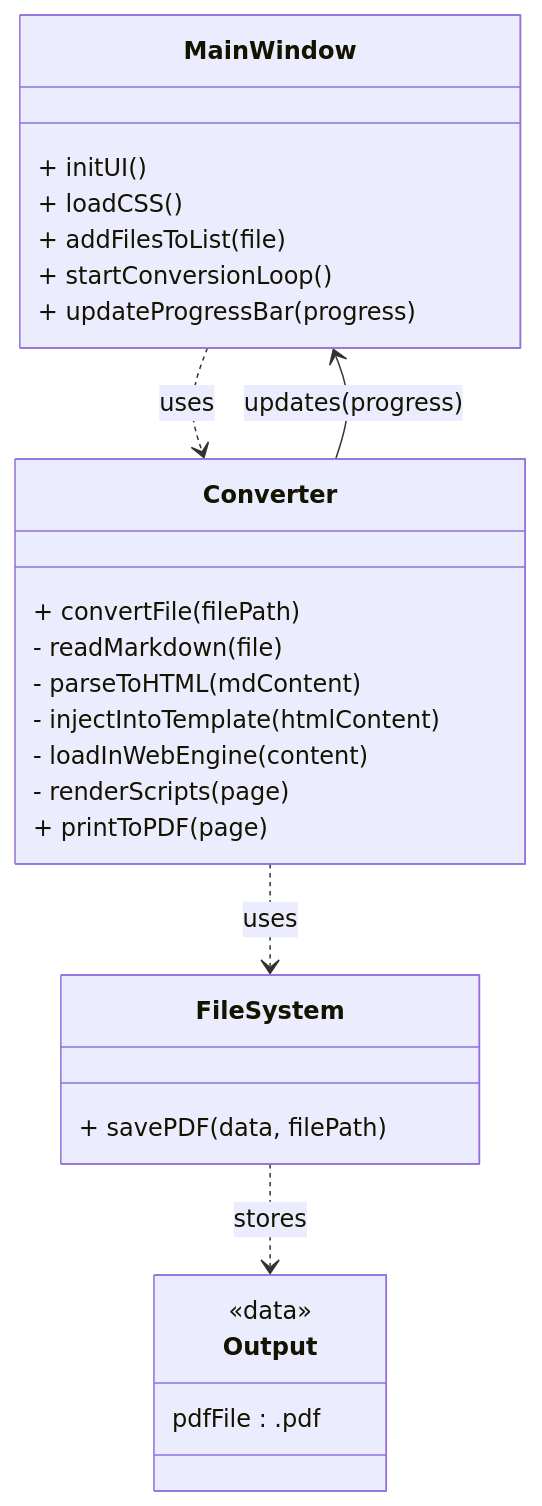
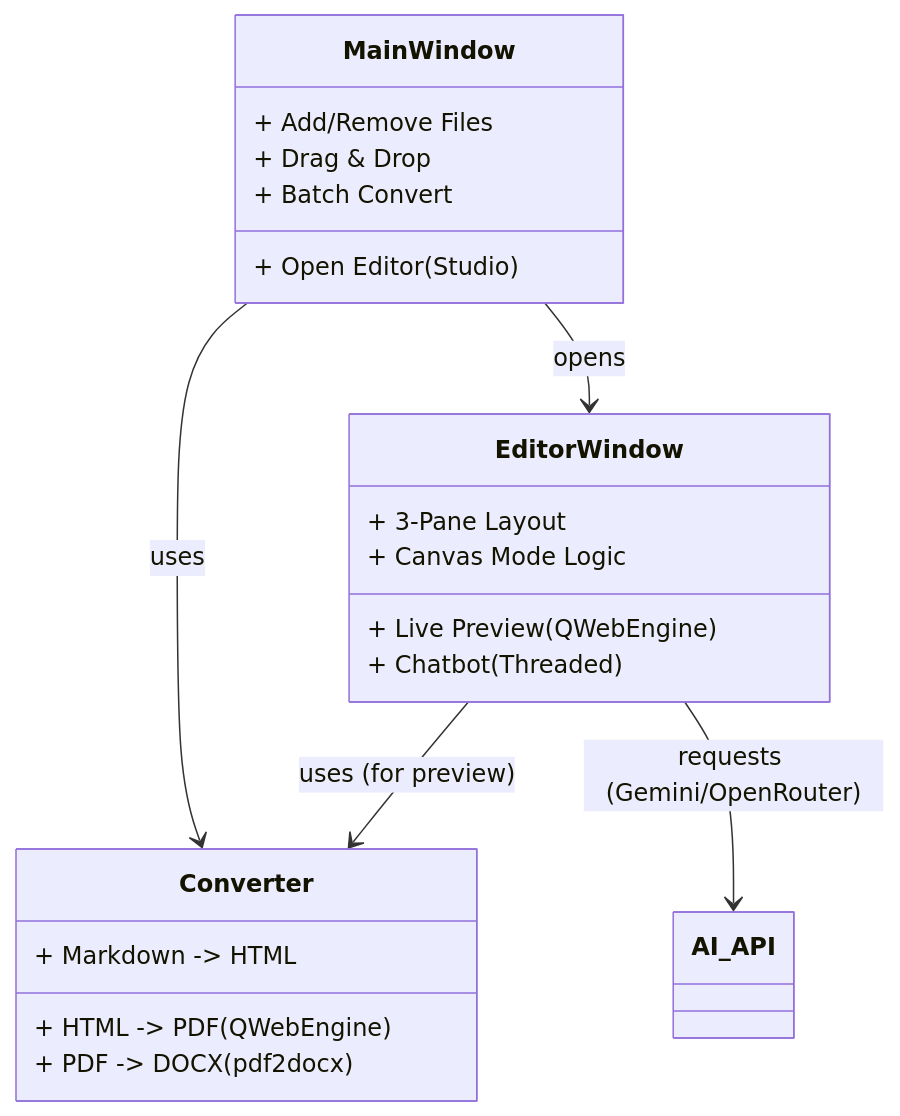
Before and after one commit to arslnakin/Md2Pdf: the diagram in README.md, drawn with Mermaid. The commit also changed other lines of this file and 6 other files, not shown here.

````diff
--- a/README.md
+++ b/README.md
@@ -43,45 +66,29 @@
 ```mermaid
 classDiagram
     direction TB
     
     class MainWindow {
-        + initUI()
-        + loadCSS()
-        + addFilesToList(file)
-        + startConversionLoop()
-        + updateProgressBar(progress)
+        + Add/Remove Files
+        + Drag & Drop
+        + Batch Convert
+        + Open Editor (Studio)
+    }
+
+    class EditorWindow {
+        + 3-Pane Layout
+        + Live Preview (QWebEngine)
+        + Chatbot (Threaded)
+        + Canvas Mode Logic
     }
 
     class Converter {
-        + convertFile(filePath)
-        - readMarkdown(file)
-        - parseToHTML(mdContent)
-        - injectIntoTemplate(htmlContent)
-        - loadInWebEngine(content)
-        - renderScripts(page)
-        + printToPDF(page)
+        + Markdown -> HTML
+        + HTML -> PDF (QWebEngine)
+        + PDF -> DOCX (pdf2docx)
     }
 
-    class FileSystem {
-        + savePDF(data, filePath)
-    }
-
-    %% İlişkiler (Bağımlılıklar/Kullanımlar) %%
-    
-    %% MainWindow Converter'ı kullanır
-    MainWindow ..> Converter : uses
-    
-    %% Converter, dosya işlemlerini (kaydetme) FileSystem'den ister
-    Converter ..> FileSystem : uses
-    
-    %% Converter, süreci tamamladıktan sonra UI'ı günceller
-    Converter --> MainWindow : updates(progress)
-    
-    %% FileSystem, çıktı verilerini depolar
-    FileSystem ..> Output : stores
-
-    class Output {
-        <<data>>
-        pdfFile : .pdf
-    }
+    MainWindow --> Converter : uses
+    MainWindow --> EditorWindow : opens
+    EditorWindow --> Converter : uses (for preview)
+    EditorWindow --> AI_API : requests (Gemini/OpenRouter)
 ```
````
